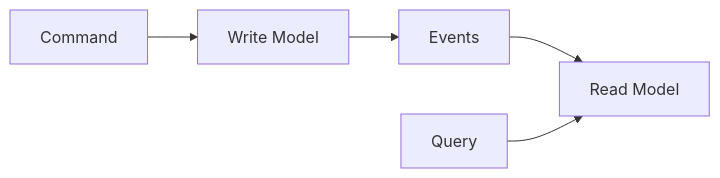
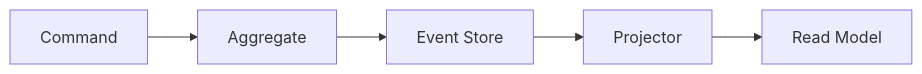
Diagram 18 of 24 in 06-messaging-and-events/README.md (hareramcse/SystemDesign), drawn with Mermaid before and after one commit. The commit also changed other lines of this file and 15 other files, not shown here.

````diff
--- a/06-messaging-and-events/README.md
+++ b/06-messaging-and-events/README.md
@@ -230,7 +910,7 @@
 ```mermaid
 flowchart LR
-  CMD[Command] --> W[Write Model]
-  W --> E[Events]
-  E --> R[Read Model]
-  Q[Query] --> R
+    Cmd[Command] --> Agg[Aggregate]
+    Agg --> Store[Event Store]
+    Store --> Proj[Projector]
+    Proj --> Read[Read Model]
 ```
````
